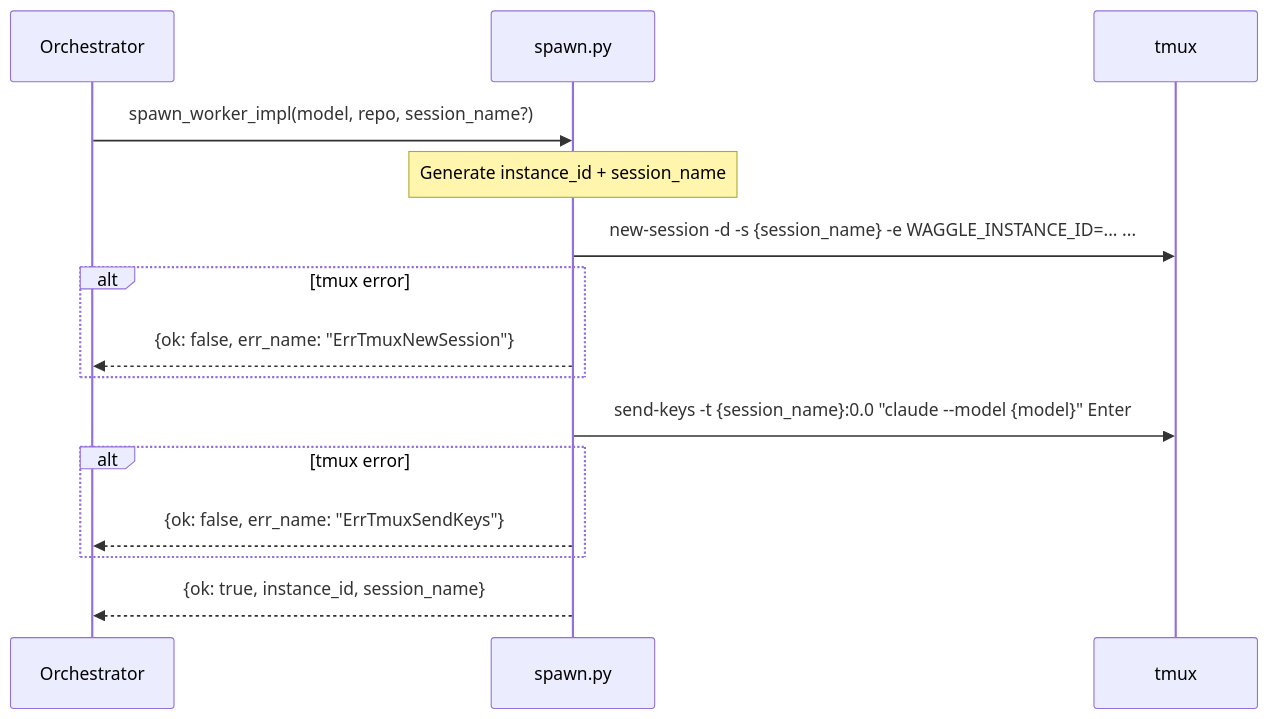
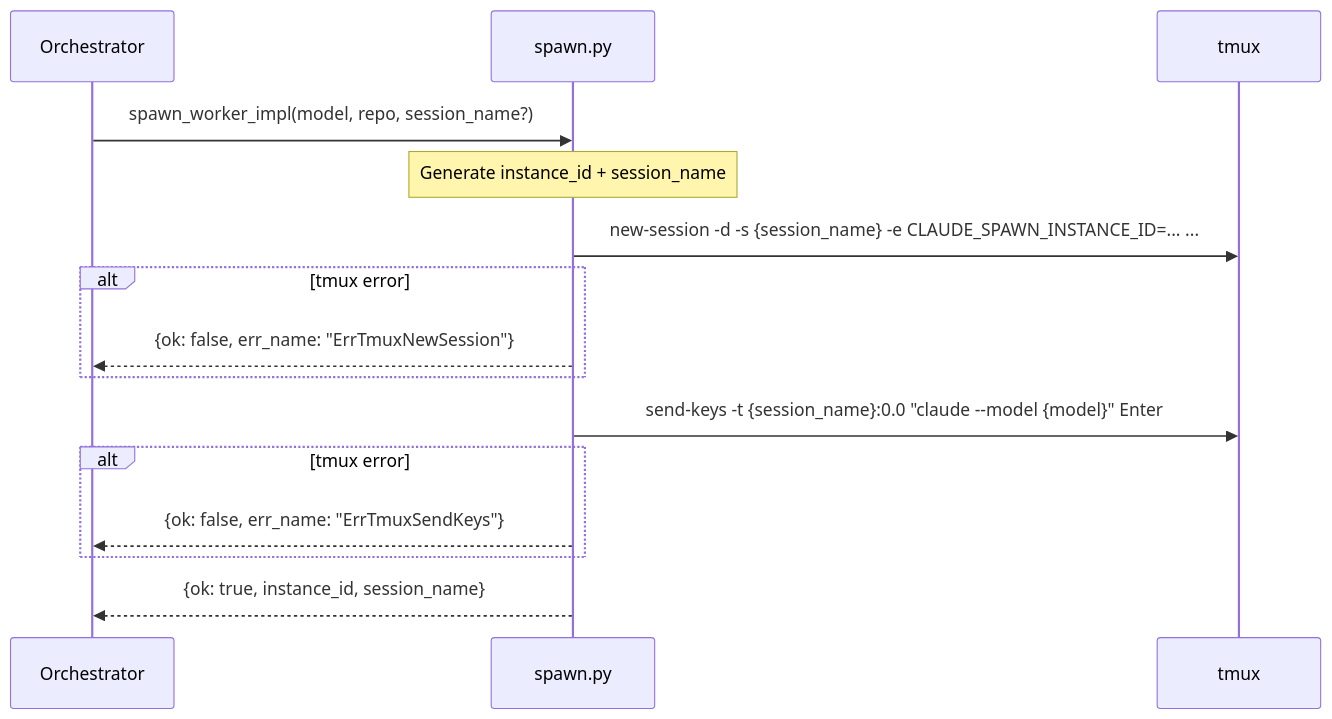
One commit to gabemahoney/waggle changed the diagram in docs/architecture/spawn_worker.md. Above: the diagram before and after it, drawn with Mermaid. The commit also changed other lines of this file and 25 other files, not shown here.

````diff
--- a/docs/architecture/spawn_worker.md
+++ b/docs/architecture/spawn_worker.md
@@ -38,21 +38,21 @@
 ```mermaid
 sequenceDiagram
     participant O as Orchestrator
     participant S as spawn.py
     participant TX as tmux
 
     O->>S: spawn_worker_impl(model, repo, session_name?)
 
     Note over S: Generate instance_id + session_name
-    S->>TX: new-session -d -s {session_name} -e WAGGLE_INSTANCE_ID=... ...
+    S->>TX: new-session -d -s {session_name} -e CLAUDE_SPAWN_INSTANCE_ID=... ...
     alt tmux error
         S-->>O: {ok: false, err_name: "ErrTmuxNewSession"}
     end
 
     S->>TX: send-keys -t {session_name}:0.0 "claude --model {model}" Enter
     alt tmux error
         S-->>O: {ok: false, err_name: "ErrTmuxSendKeys"}
     end
 
     S-->>O: {ok: true, instance_id, session_name}
 ```
````
